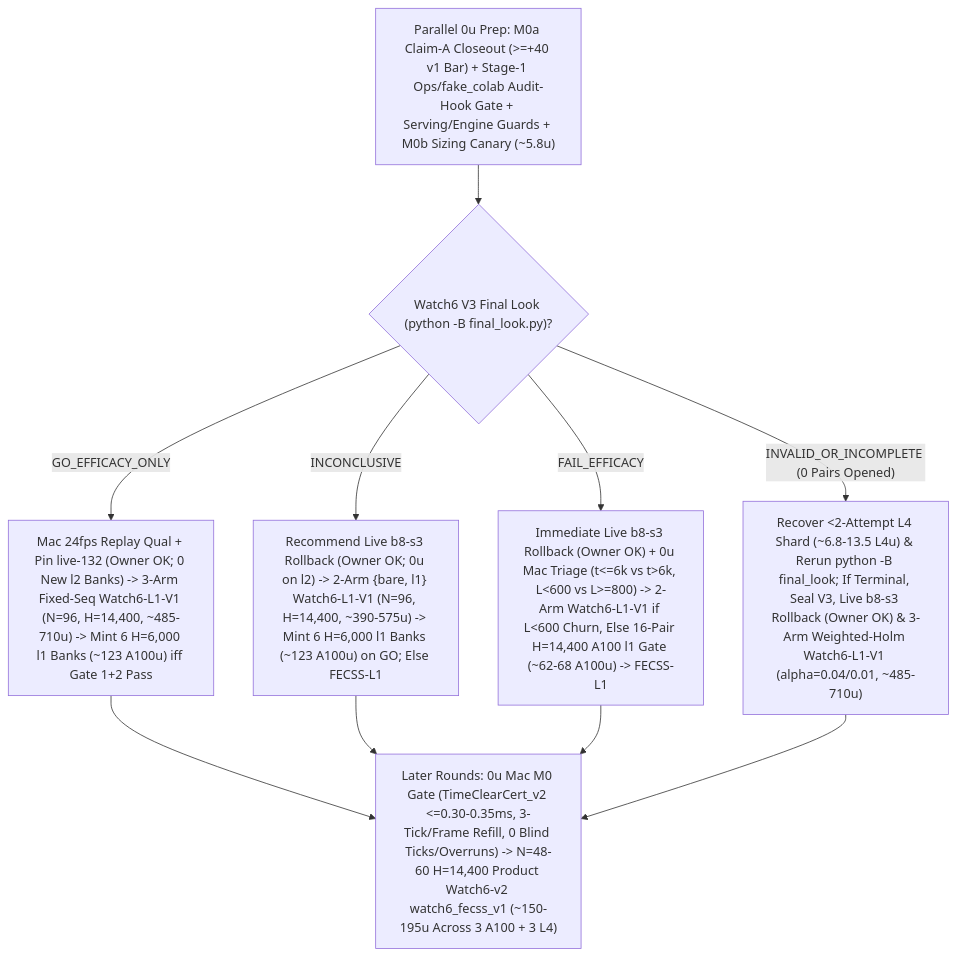
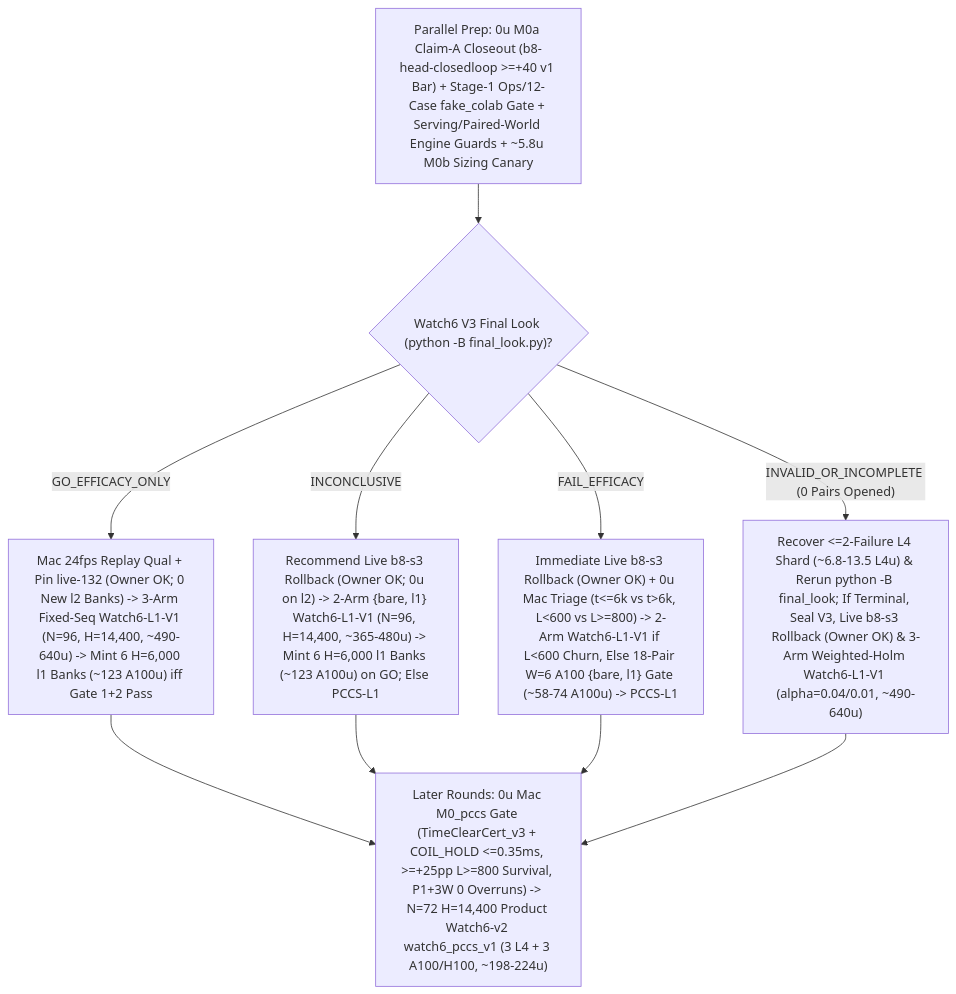
Before and after one commit to josenunezwork/snake-dqn: the diagram in docs/research/ROADMAP.md, drawn with Mermaid. The commit also changed other lines of this file, not shown here.

Commit message:
docs(roadmap): fold in round-15 synthesis as current and later-round advice

````diff
--- a/docs/research/ROADMAP.md
+++ b/docs/research/ROADMAP.md
@@ -102,12 +99,12 @@
 ```mermaid
 flowchart TD
-    PREP["Parallel 0u Prep: M0a Claim-A Closeout (>=+40 v1 Bar) + Stage-1 Ops/fake_colab Audit-Hook Gate + Serving/Engine Guards + M0b Sizing Canary (~5.8u)"] --> V3{"Watch6 V3 Final Look (python -B final_look.py)?"}
-    V3 -- "GO_EFFICACY_ONLY" --> GO["Mac 24fps Replay Qual + Pin live-132 (Owner OK; 0 New l2 Banks) -> 3-Arm Fixed-Seq Watch6-L1-V1 (N=96, H=14,400, ~485-710u) -> Mint 6 H=6,000 l1 Banks (~123 A100u) iff Gate 1+2 Pass"]
-    V3 -- "INCONCLUSIVE" --> INC["Recommend Live b8-s3 Rollback (Owner OK; 0u on l2) -> 2-Arm {bare, l1} Watch6-L1-V1 (N=96, H=14,400, ~390-575u) -> Mint 6 H=6,000 l1 Banks (~123 A100u) on GO; Else FECSS-L1"]
-    V3 -- "FAIL_EFFICACY" --> FAIL["Immediate Live b8-s3 Rollback (Owner OK) + 0u Mac Triage (t<=6k vs t>6k, L<600 vs L>=800) -> 2-Arm Watch6-L1-V1 if L<600 Churn, Else 16-Pair H=14,400 A100 l1 Gate (~62-68 A100u) -> FECSS-L1"]
-    V3 -- "INVALID_OR_INCOMPLETE (0 Pairs Opened)" --> INV["Recover <2-Attempt L4 Shard (~6.8-13.5 L4u) & Rerun python -B final_look; If Terminal, Seal V3, Live b8-s3 Rollback (Owner OK) & 3-Arm Weighted-Holm Watch6-L1-V1 (alpha=0.04/0.01, ~485-710u)"]
-    GO --> LATER["Later Rounds: 0u Mac M0 Gate (TimeClearCert_v2 <=0.30-0.35ms, 3-Tick/Frame Refill, 0 Blind Ticks/Overruns) -> N=48-60 H=14,400 Product Watch6-v2 watch6_fecss_v1 (~150-195u Across 3 A100 + 3 L4)"]
+    PREP["Parallel Prep: 0u M0a Claim-A Closeout (b8-head-closedloop >=+40 v1 Bar) + Stage-1 Ops/12-Case fake_colab Gate + Serving/Paired-World Engine Guards + ~5.8u M0b Sizing Canary"] --> V3{"Watch6 V3 Final Look (python -B final_look.py)?"}
+    V3 -- "GO_EFFICACY_ONLY" --> GO["Mac 24fps Replay Qual + Pin live-132 (Owner OK; 0 New l2 Banks) -> 3-Arm Fixed-Seq Watch6-L1-V1 (N=96, H=14,400, ~490-640u) -> Mint 6 H=6,000 l1 Banks (~123 A100u) iff Gate 1+2 Pass"]
+    V3 -- "INCONCLUSIVE" --> INC["Recommend Live b8-s3 Rollback (Owner OK; 0u on l2) -> 2-Arm {bare, l1} Watch6-L1-V1 (N=96, H=14,400, ~365-480u) -> Mint 6 H=6,000 l1 Banks (~123 A100u) on GO; Else PCCS-L1"]
+    V3 -- "FAIL_EFFICACY" --> FAIL["Immediate Live b8-s3 Rollback (Owner OK) + 0u Mac Triage (t<=6k vs t>6k, L<600 vs L>=800) -> 2-Arm Watch6-L1-V1 if L<600 Churn, Else 18-Pair W=6 A100 {bare, l1} Gate (~58-74 A100u) -> PCCS-L1"]
+    V3 -- "INVALID_OR_INCOMPLETE (0 Pairs Opened)" --> INV["Recover <=2-Failure L4 Shard (~6.8-13.5 L4u) & Rerun python -B final_look; If Terminal, Seal V3, Live b8-s3 Rollback (Owner OK) & 3-Arm Weighted-Holm Watch6-L1-V1 (alpha=0.04/0.01, ~490-640u)"]
+    GO --> LATER["Later Rounds: 0u Mac M0_pccs Gate (TimeClearCert_v3 + COIL_HOLD <=0.35ms, >=+25pp L>=800 Survival, P1+3W 0 Overruns) -> N=72 H=14,400 Product Watch6-v2 watch6_pccs_v1 (3 L4 + 3 A100/H100, ~198-224u)"]
     INC --> LATER
     FAIL --> LATER
     INV --> LATER
 ```
````
